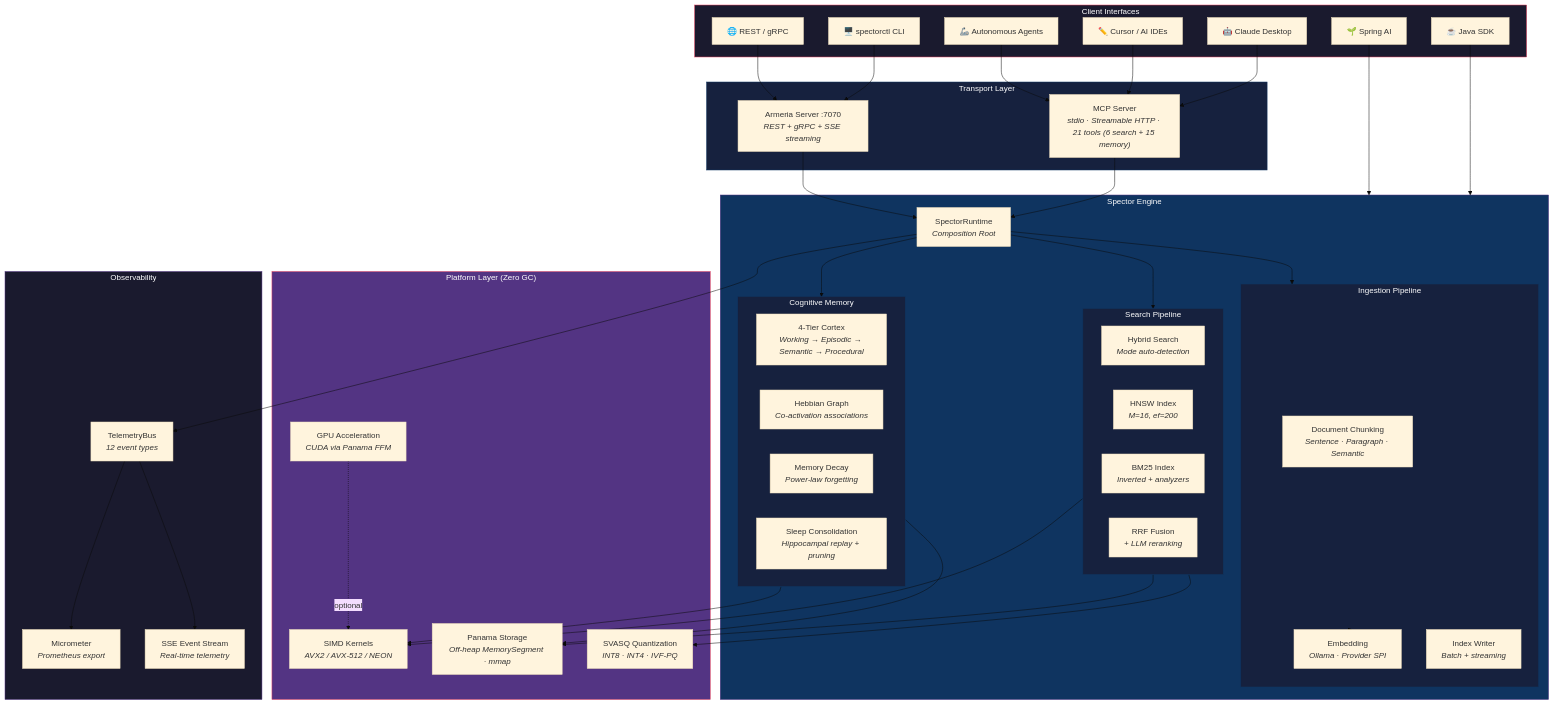
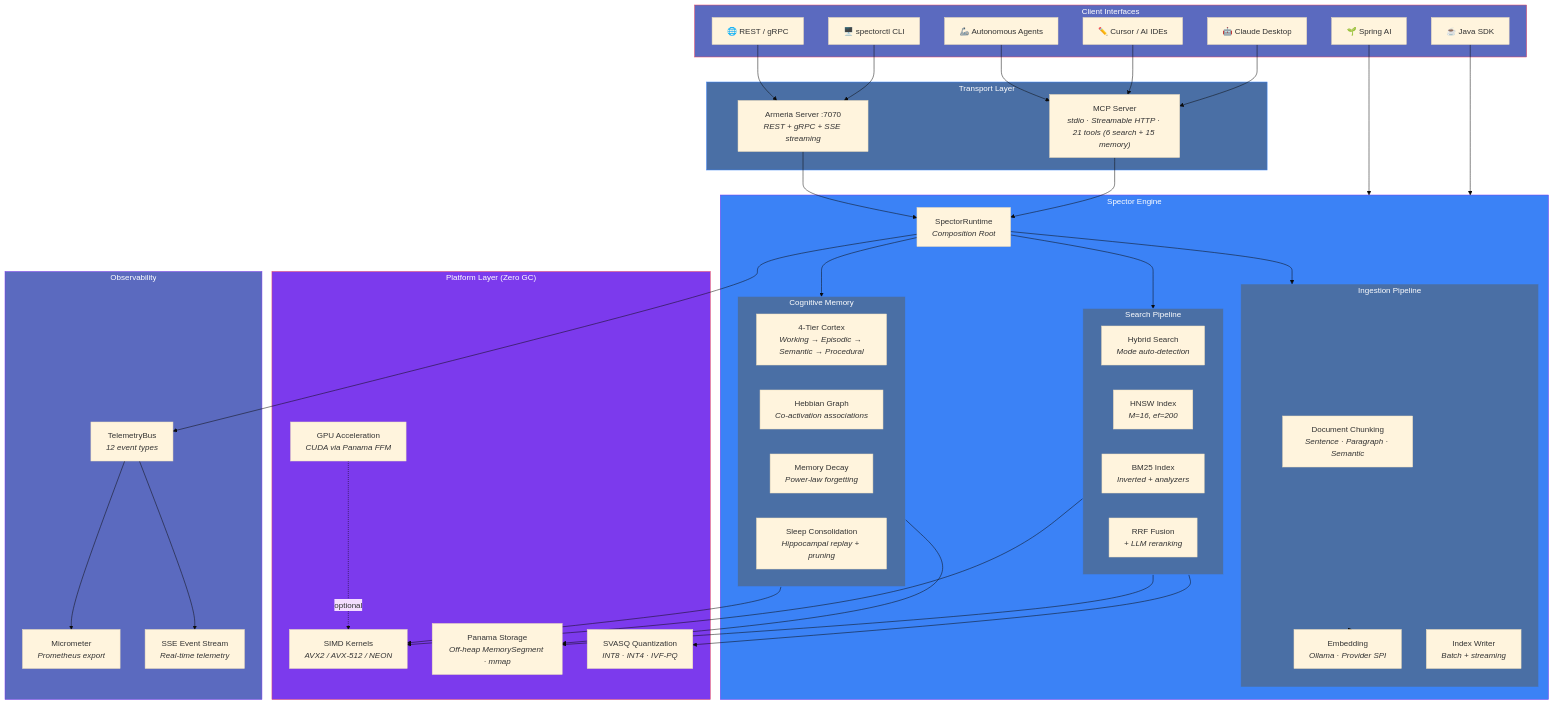
The first of 11 diagrams in docs/docs/architecture/overview.md (spectrayan/spector), drawn with Mermaid (base theme) before and after one commit. The commit also changed other lines of this file and 120 other files, not shown here.

````diff
--- a/docs/docs/architecture/overview.md
+++ b/docs/docs/architecture/overview.md
@@ -14,79 +14,79 @@
 ```mermaid
 graph TB
     subgraph Clients["Client Interfaces"]
         claude["🤖 Claude Desktop"]
         cursor["✏️ Cursor / AI IDEs"]
         agents["🦾 Autonomous Agents"]
         sdk["☕ Java SDK"]
         spring["🌱 Spring AI"]
         cli["🖥️ spectorctl CLI"]
         rest["🌐 REST / gRPC"]
     end
 
     subgraph Transport["Transport Layer"]
         mcp["MCP Server<br/><i>stdio · Streamable HTTP · 21 tools (6 search + 15 memory)</i>"]
         armeria["Armeria Server :7070<br/><i>REST + gRPC + SSE streaming</i>"]
     end
 
     subgraph Engine["Spector Engine"]
         runtime["SpectorRuntime<br/><i>Composition Root</i>"]
 
         subgraph Search["Search Pipeline"]
             hybrid["Hybrid Search<br/><i>Mode auto-detection</i>"]
             hnsw["HNSW Index<br/><i>M=16, ef=200</i>"]
             bm25["BM25 Index<br/><i>Inverted + analyzers</i>"]
             rrf["RRF Fusion<br/><i>+ LLM reranking</i>"]
         end
 
         subgraph Memory["Cognitive Memory"]
             cortex["4-Tier Cortex<br/><i>Working → Episodic → Semantic → Procedural</i>"]
             hebbian["Hebbian Graph<br/><i>Co-activation associations</i>"]
             decay["Memory Decay<br/><i>Power-law forgetting</i>"]
             consolidation["Sleep Consolidation<br/><i>Hippocampal replay + pruning</i>"]
         end
 
         subgraph Ingest["Ingestion Pipeline"]
             chunking["Document Chunking<br/><i>Sentence · Paragraph · Semantic</i>"]
             embedding["Embedding<br/><i>Ollama · Provider SPI</i>"]
             indexing["Index Writer<br/><i>Batch + streaming</i>"]
         end
     end
 
     subgraph Platform["Platform Layer (Zero GC)"]
         simd["SIMD Kernels<br/><i>AVX2 / AVX-512 / NEON</i>"]
         panama["Panama Storage<br/><i>Off-heap MemorySegment · mmap</i>"]
         quant["SVASQ Quantization<br/><i>INT8 · INT4 · IVF-PQ</i>"]
         gpu["GPU Acceleration<br/><i>CUDA via Panama FFM</i>"]
     end
 
     subgraph Observe["Observability"]
         events["TelemetryBus<br/><i>12 event types</i>"]
         metrics["Micrometer<br/><i>Prometheus export</i>"]
         sse["SSE Event Stream<br/><i>Real-time telemetry</i>"]
     end
 
     claude & cursor & agents --> mcp
     sdk & spring --> Engine
     cli & rest --> armeria
     mcp & armeria --> runtime
 
     runtime --> Search & Memory & Ingest
 
     Search --> simd & panama & quant
     Memory --> simd & panama
     Ingest --> embedding
 
     runtime --> events
     events --> metrics & sse
 
     gpu -.->|optional| simd
 
-    style Clients fill:#1a1a2e,stroke:#e94560,color:#fff
-    style Transport fill:#16213e,stroke:#0f3460,color:#fff
-    style Engine fill:#0f3460,stroke:#533483,color:#fff
-    style Platform fill:#533483,stroke:#e94560,color:#fff
-    style Observe fill:#1a1a2e,stroke:#533483,color:#fff
-    style Search fill:#16213e,stroke:#0f3460,color:#fff
-    style Memory fill:#16213e,stroke:#0f3460,color:#fff
-    style Ingest fill:#16213e,stroke:#0f3460,color:#fff
+    style Clients fill:#5b6abf,stroke:#e94560,color:#fff
+    style Transport fill:#4a6fa5,stroke:#3b82f6,color:#fff
+    style Engine fill:#3b82f6,stroke:#7c3aed,color:#fff
+    style Platform fill:#7c3aed,stroke:#e94560,color:#fff
+    style Observe fill:#5b6abf,stroke:#7c3aed,color:#fff
+    style Search fill:#4a6fa5,stroke:#3b82f6,color:#fff
+    style Memory fill:#4a6fa5,stroke:#3b82f6,color:#fff
+    style Ingest fill:#4a6fa5,stroke:#3b82f6,color:#fff
 ```
````
